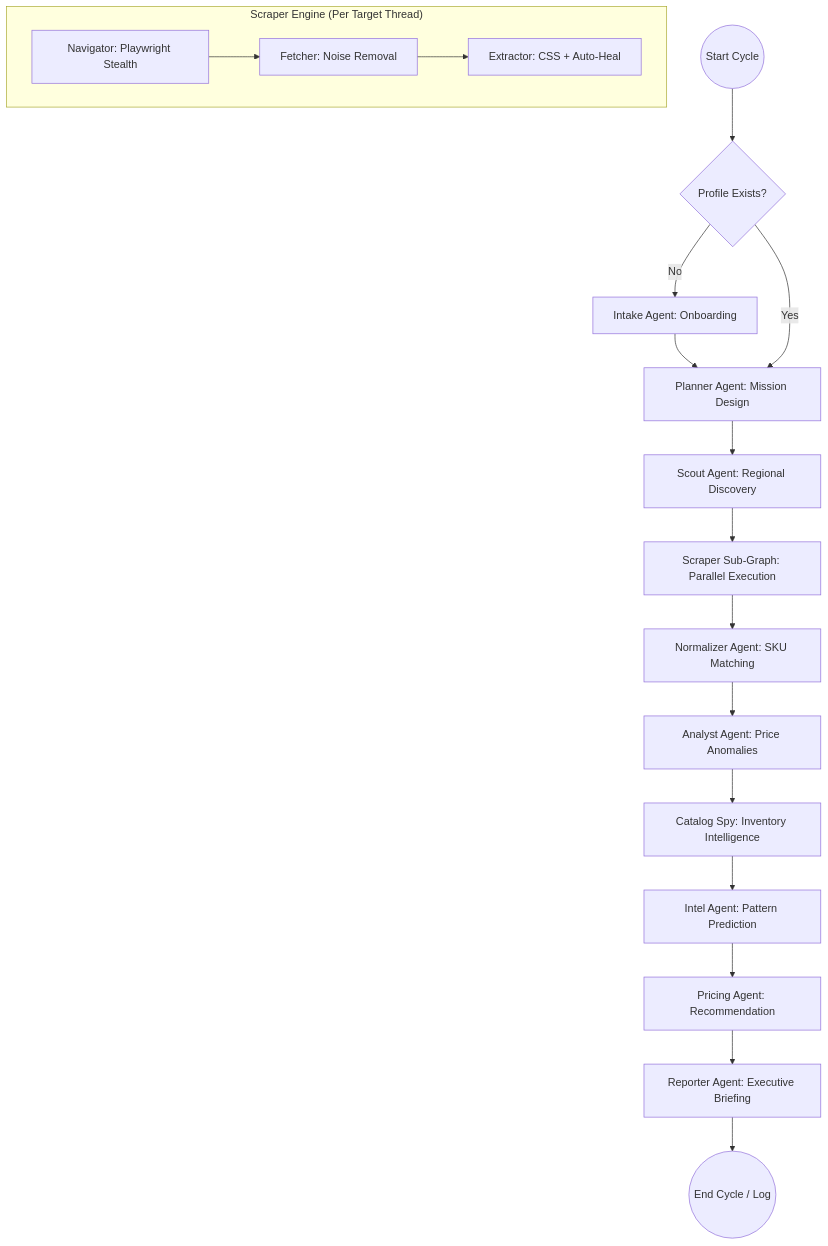
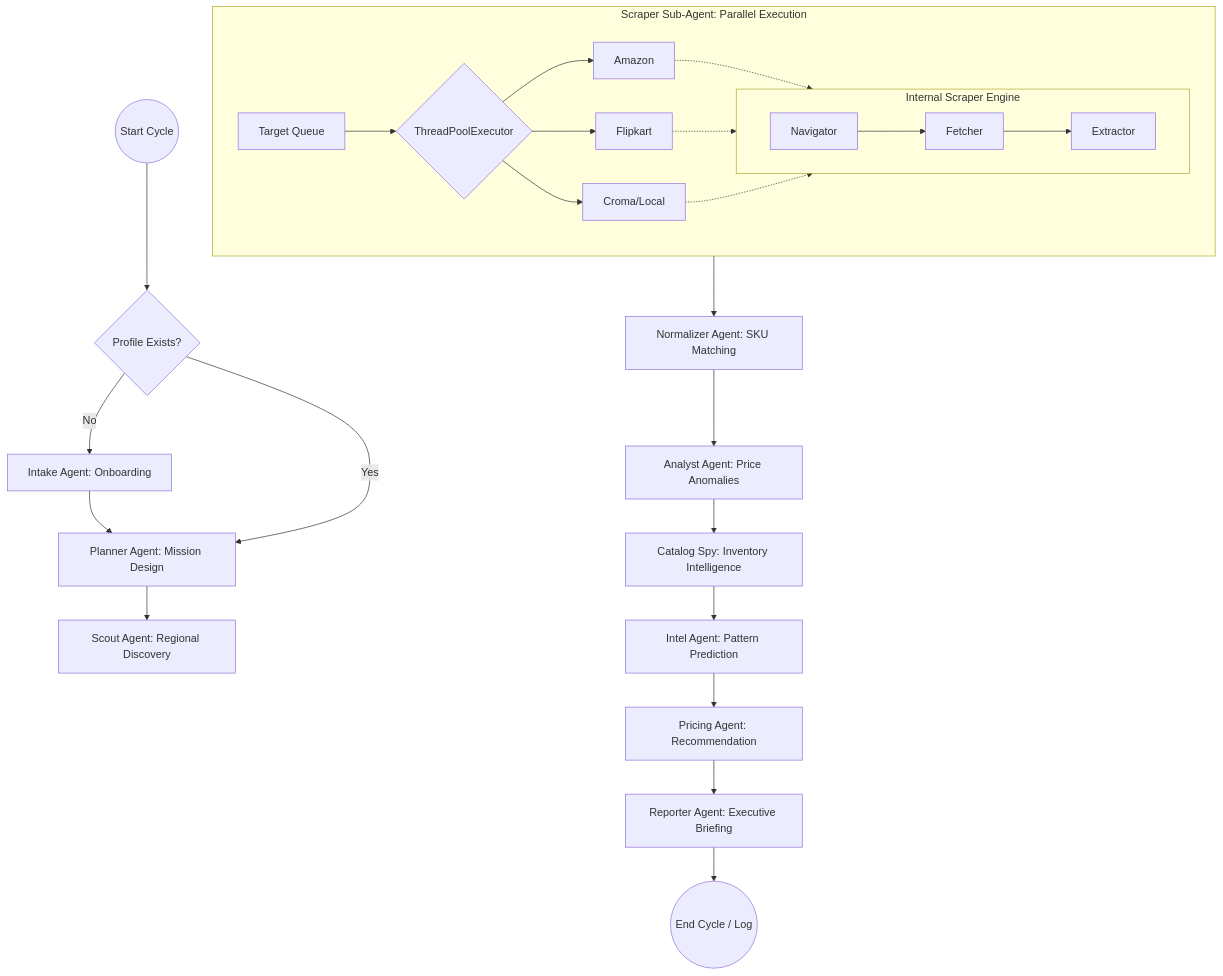
Before and after one commit to selva54321-bit/retail-agent: the diagram in readme.md, drawn with Mermaid.

````diff
--- a/readme.md
+++ b/readme.md
@@ -11,26 +11,35 @@
 ```mermaid
 graph TD
     START((Start Cycle)) --> INTAKE{Profile Exists?}
     
     INTAKE -- No --> ONBOARD[Intake Agent: Onboarding]
     ONBOARD --> PLANNER
     INTAKE -- Yes --> PLANNER[Planner Agent: Mission Design]
     
     PLANNER --> SCOUT[Scout Agent: Regional Discovery]
-    SCOUT --> SCRAPER[Scraper Sub-Graph: Parallel Execution]
     
-    subgraph "Scraper Engine (Per Target Thread)"
-        direction LR
-        NAV[Navigator: Playwright Stealth] --> FETCH[Fetcher: Noise Removal]
-        FETCH --> EXTRACT[Extractor: CSS + Auto-Heal]
+    subgraph SCRAPER [Scraper Sub-Agent: Parallel Execution]
+        QUEUE[Target Queue] --> WORKERS{ThreadPoolExecutor}
+        WORKERS --> T1[Amazon]
+        WORKERS --> T2[Flipkart]
+        WORKERS --> T3[Croma/Local]
+        
+        subgraph ENGINE [Internal Scraper Engine]
+            direction LR
+            NAV[Navigator] --> FETCH[Fetcher] --> EXTRACT[Extractor]
+        end
+        
+        T1 -.-> ENGINE
+        T2 -.-> ENGINE
+        T3 -.-> ENGINE
     end
     
     SCRAPER --> NORM[Normalizer Agent: SKU Matching]
     NORM --> ANALYST[Analyst Agent: Price Anomalies]
     ANALYST --> SPY[Catalog Spy: Inventory Intelligence]
     SPY --> INTEL[Intel Agent: Pattern Prediction]
     INTEL --> PRICING[Pricing Agent: Recommendation]
     
     PRICING --> REPORT[Reporter Agent: Executive Briefing]
     REPORT --> LOG((End Cycle / Log))
 ```
````
